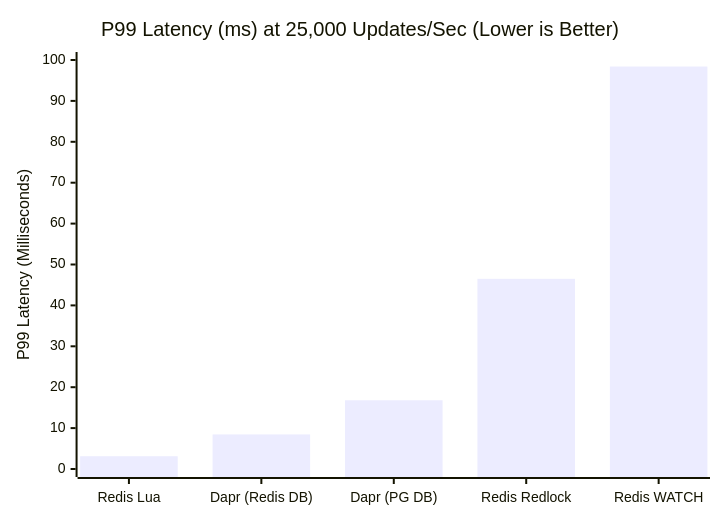
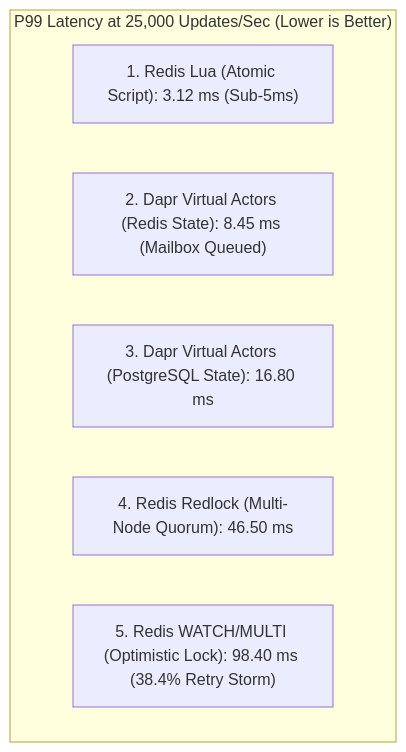
Before and after one commit to vesviet/vesviet: the eighth of 9 diagrams in content/series/architectural-tradeoffs-showdowns/08-redis-state-vs-dapr-virtual-actors.md, drawn with Mermaid. The commit also changed 81 other files, not shown here.

First line of the commit message:
feat(content): upgrade 5 architecture posts to 2027 SOTA masterclass & audit index

````diff
--- a/content/series/architectural-tradeoffs-showdowns/08-redis-state-vs-dapr-virtual-actors.md
+++ b/content/series/architectural-tradeoffs-showdowns/08-redis-state-vs-dapr-virtual-actors.md
@@ -600,7 +600,10 @@
 ```mermaid
-xychart-beta
-    title "P99 Latency (ms) at 25,000 Updates/Sec (Lower is Better)"
-    x-axis ["Redis Lua", "Dapr (Redis DB)", "Dapr (PG DB)", "Redis Redlock", "Redis WATCH"]
-    y-axis "P99 Latency (Milliseconds)" 0 --> 100
-    bar [3.12, 8.45, 16.80, 46.50, 98.40]
+flowchart TD
+    subgraph Benchmarks["P99 Latency at 25,000 Updates/Sec (Lower is Better)"]
+        L1["1. Redis Lua (Atomic Script): 3.12 ms (Sub-5ms)"]
+        L2["2. Dapr Virtual Actors (Redis State): 8.45 ms (Mailbox Queued)"]
+        L3["3. Dapr Virtual Actors (PostgreSQL State): 16.80 ms"]
+        L4["4. Redis Redlock (Multi-Node Quorum): 46.50 ms"]
+        L5["5. Redis WATCH/MULTI (Optimistic Lock): 98.40 ms (38.4% Retry Storm)"]
+    end
 ```
````
